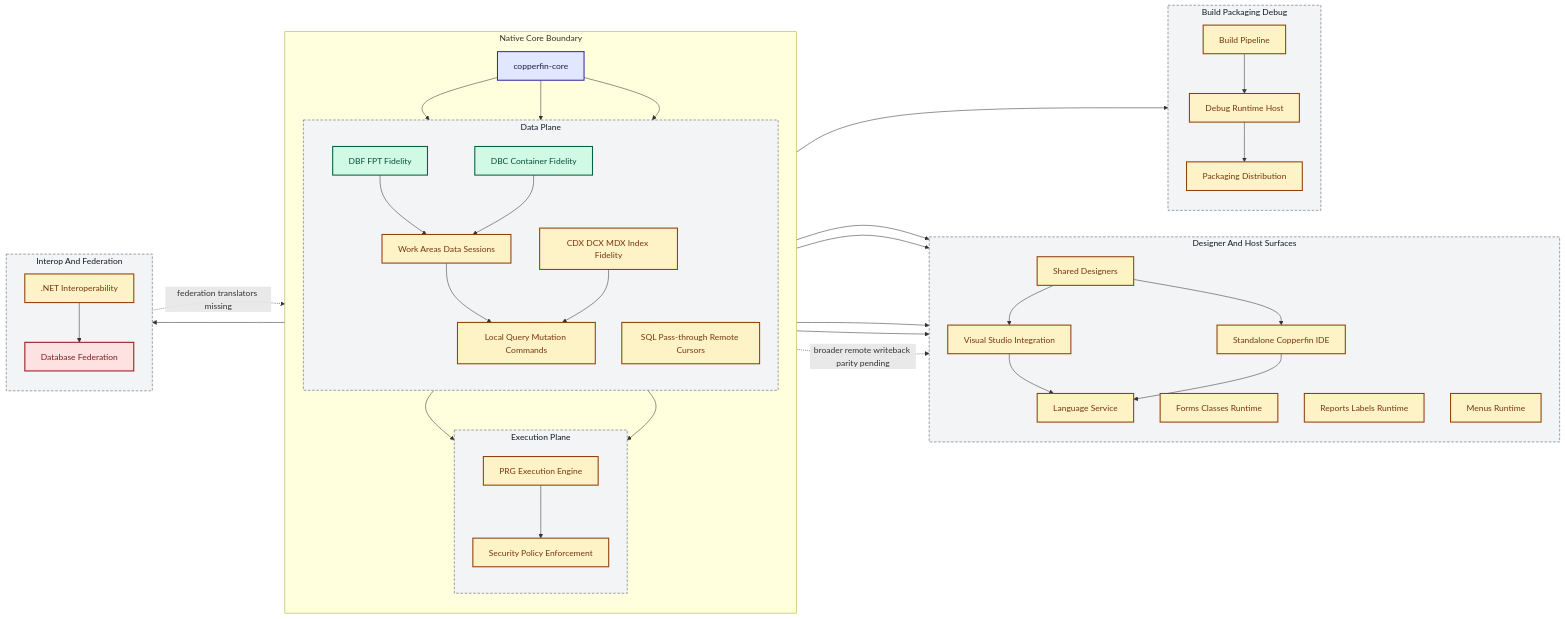
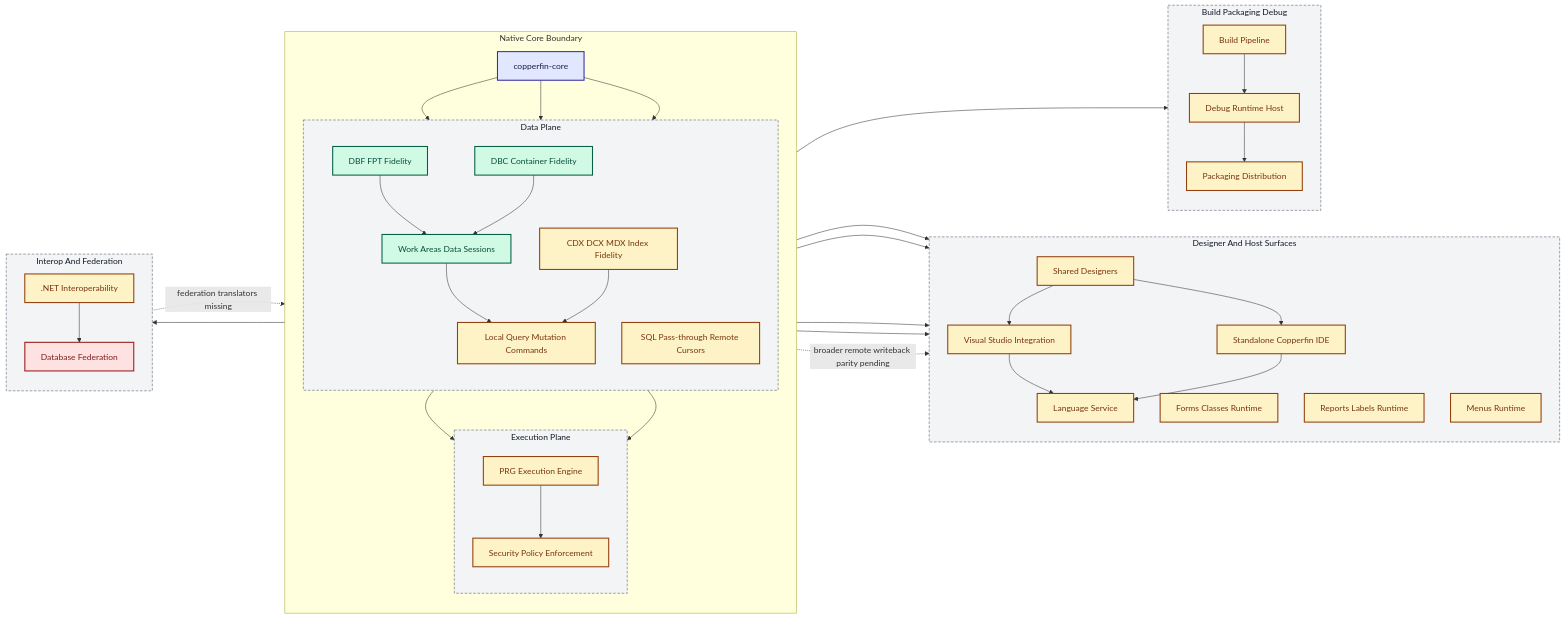
One commit to rhamenator/Project-Copperfin changed the diagram in docs/02-architecture.md. Above: the diagram before and after it, drawn with Mermaid. The commit also changed 2 other files, not shown here.

Commit message:
Add tests for cross-session alias and work area isolation in PRG engine

```diff
--- a/docs/02-architecture.md
+++ b/docs/02-architecture.md
@@ -83,7 +83,9 @@
 
 	class DBF,DBC done;
 
-	class IDX,WS,LQ,SQ,PRG,SEC,DES,FORMS,RPT,MENU,VS,IDE,LS,BLD,DBG,PKG,DOTNET partial;
+	class WS done;
+
+	class IDX,LQ,SQ,PRG,SEC,DES,FORMS,RPT,MENU,VS,IDE,LS,BLD,DBG,PKG,DOTNET partial;
 
 	class FED missing;
 
```
